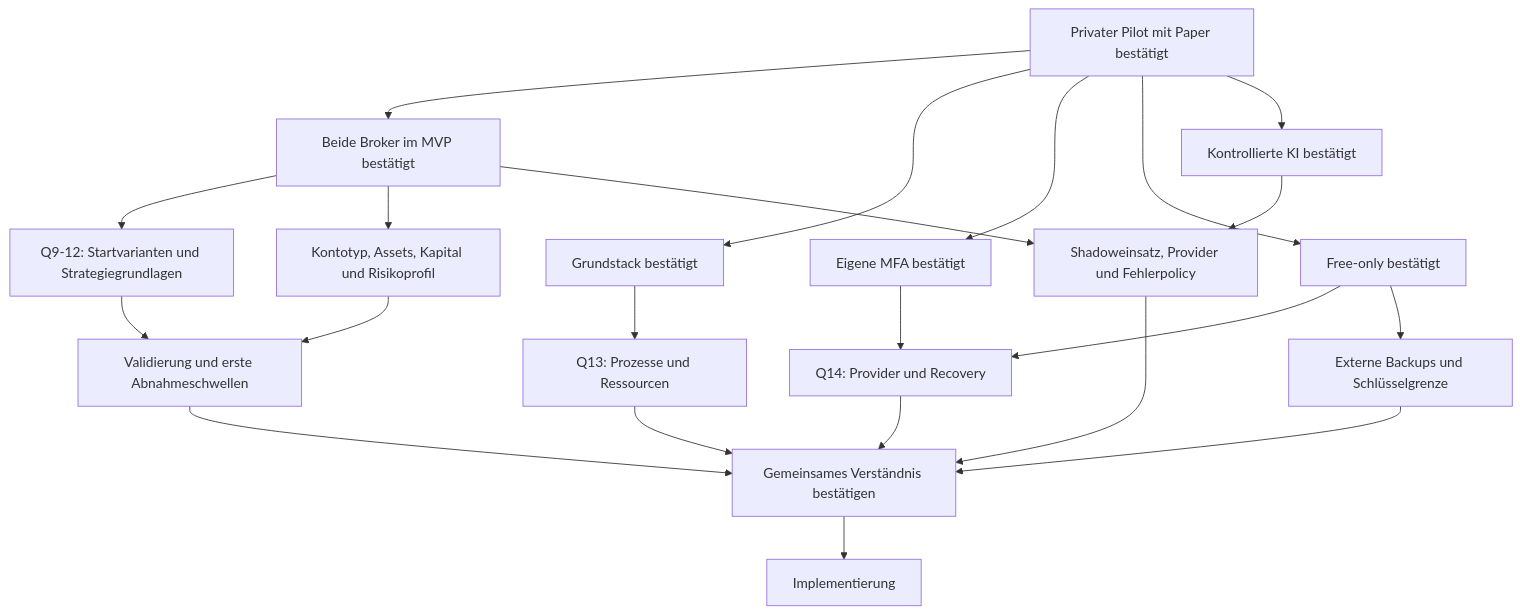
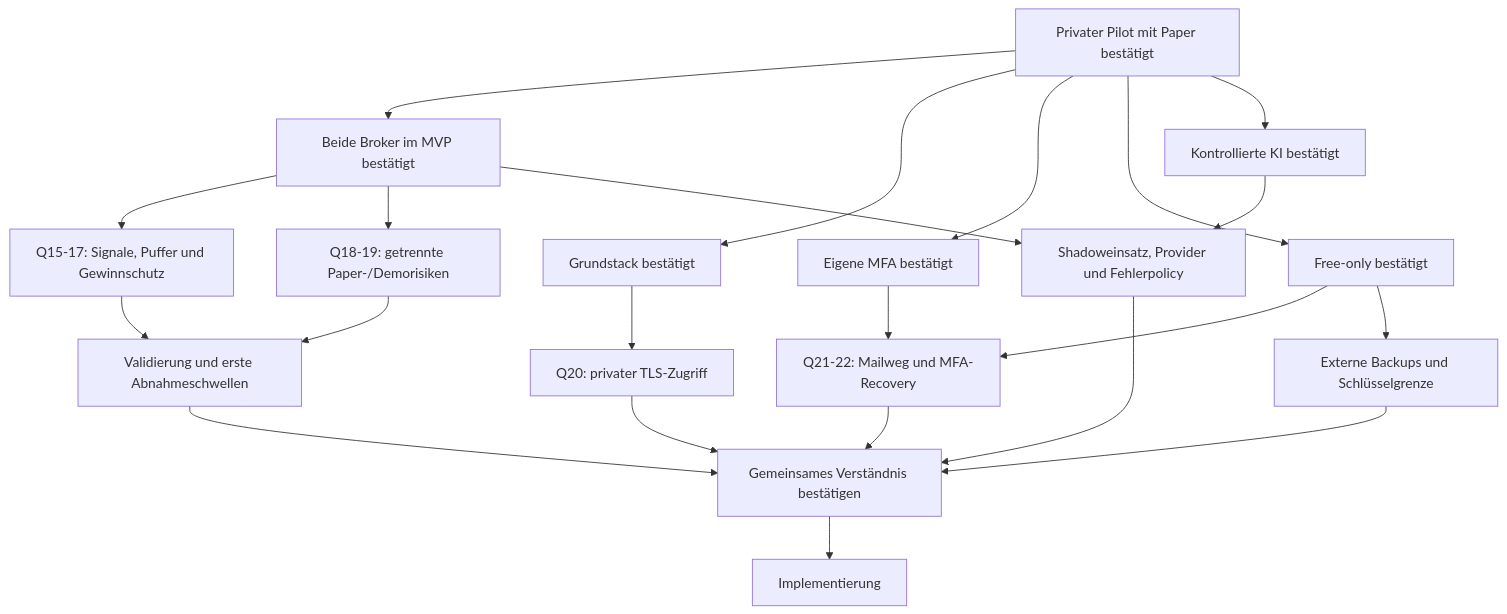
Before and after one commit to cadm-balzer/Investalo_Trading-Platform: the diagram in docs/interview.md, drawn with Mermaid. The commit also changed other lines of this file and 20 other files, not shown here.

````diff
--- a/docs/interview.md
+++ b/docs/interview.md
@@ -49,24 +69,24 @@
 ```mermaid
 flowchart TD
   ROOT[Privater Pilot mit Paper bestätigt] --> MARKET[Beide Broker im MVP bestätigt]
   ROOT --> STACK[Grundstack bestätigt]
   ROOT --> LOGIN[Eigene MFA bestätigt]
   ROOT --> COST[Free-only bestätigt]
   ROOT --> AI[Kontrollierte KI bestätigt]
-  MARKET --> RULES[Q9-12: Startvarianten und Strategiegrundlagen]
-  MARKET --> ACCOUNT[Kontotyp, Assets, Kapital und Risikoprofil]
+  MARKET --> RULES[Q15-17: Signale, Puffer und Gewinnschutz]
+  MARKET --> ACCOUNT[Q18-19: getrennte Paper-/Demorisiken]
   RULES --> VALID[Validierung und erste Abnahmeschwellen]
   ACCOUNT --> VALID
-  STACK --> DEPLOY[Q13: Prozesse und Ressourcen]
-  LOGIN --> PROVIDER[Q14: Provider und Recovery]
+  STACK --> DEPLOY[Q20: privater TLS-Zugriff]
+  LOGIN --> PROVIDER[Q21-22: Mailweg und MFA-Recovery]
   COST --> PROVIDER
   COST --> BACKUP[Externe Backups und Schlüsselgrenze]
   AI --> AIPOLICY[Shadoweinsatz, Provider und Fehlerpolicy]
   MARKET --> AIPOLICY
   VALID --> AGREEMENT[Gemeinsames Verständnis bestätigen]
   DEPLOY --> AGREEMENT
   PROVIDER --> AGREEMENT
   BACKUP --> AGREEMENT
   AIPOLICY --> AGREEMENT
   AGREEMENT --> BUILD[Implementierung]
 ```
````
